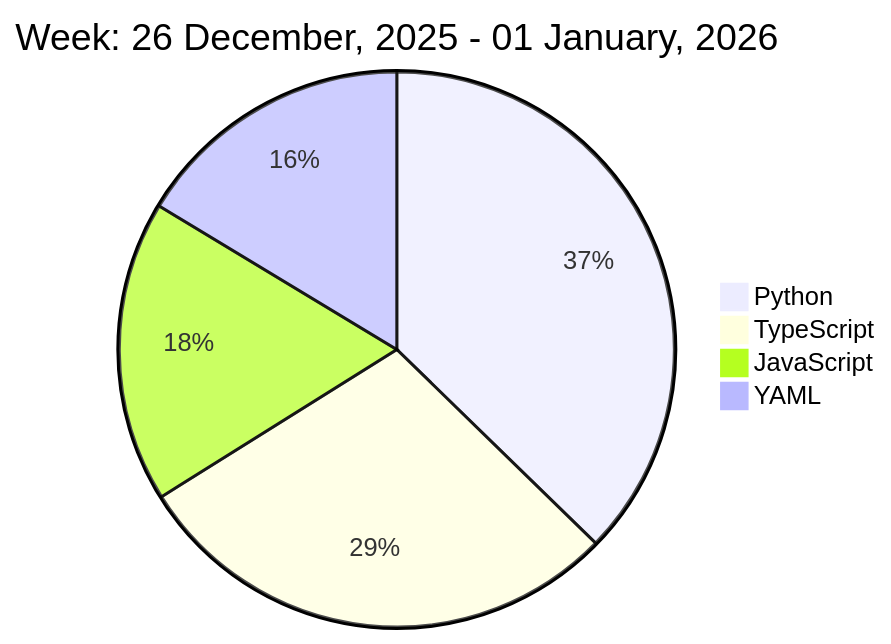
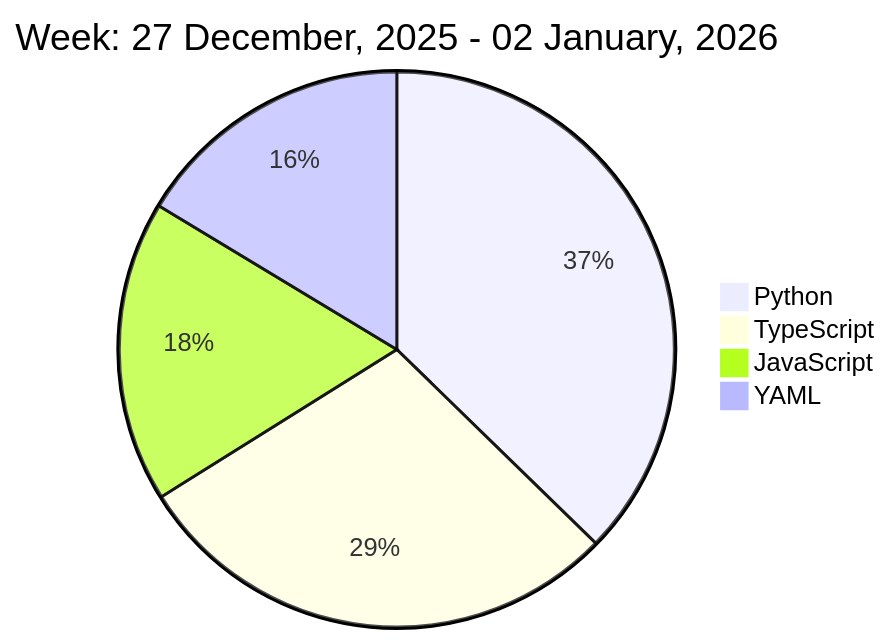
One commit to liubin95/liubin95 changed the diagram in README.md. Above: the diagram before and after it, drawn with Mermaid.

Commit message:
Updated the Graph with new Metrics

````diff
--- a/README.md
+++ b/README.md
@@ -37,8 +37,8 @@
 ```mermaid
  pie
-title Week: 26 December, 2025 - 01 January, 2026
+title Week: 27 December, 2025 - 02 January, 2026
  "Python" : 4.4
  "TypeScript" : 3.4
  "JavaScript" : 2.07
  "YAML" : 1.93
 ```
````
